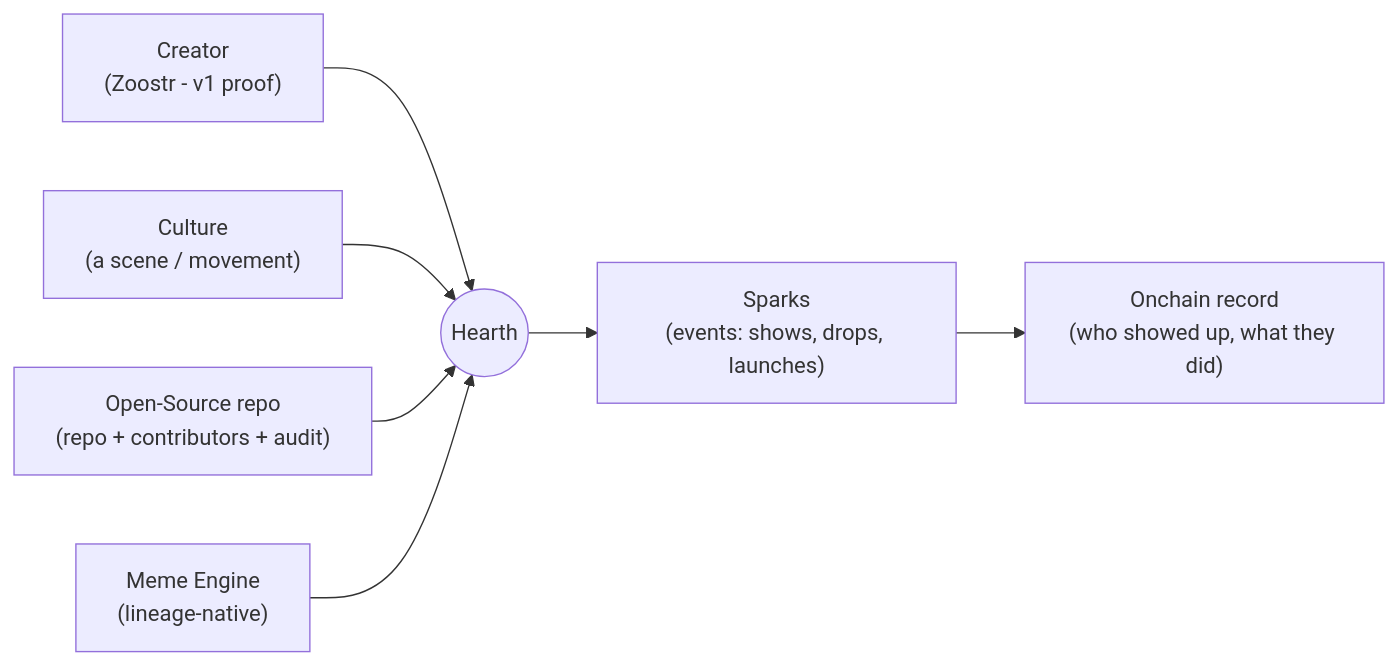
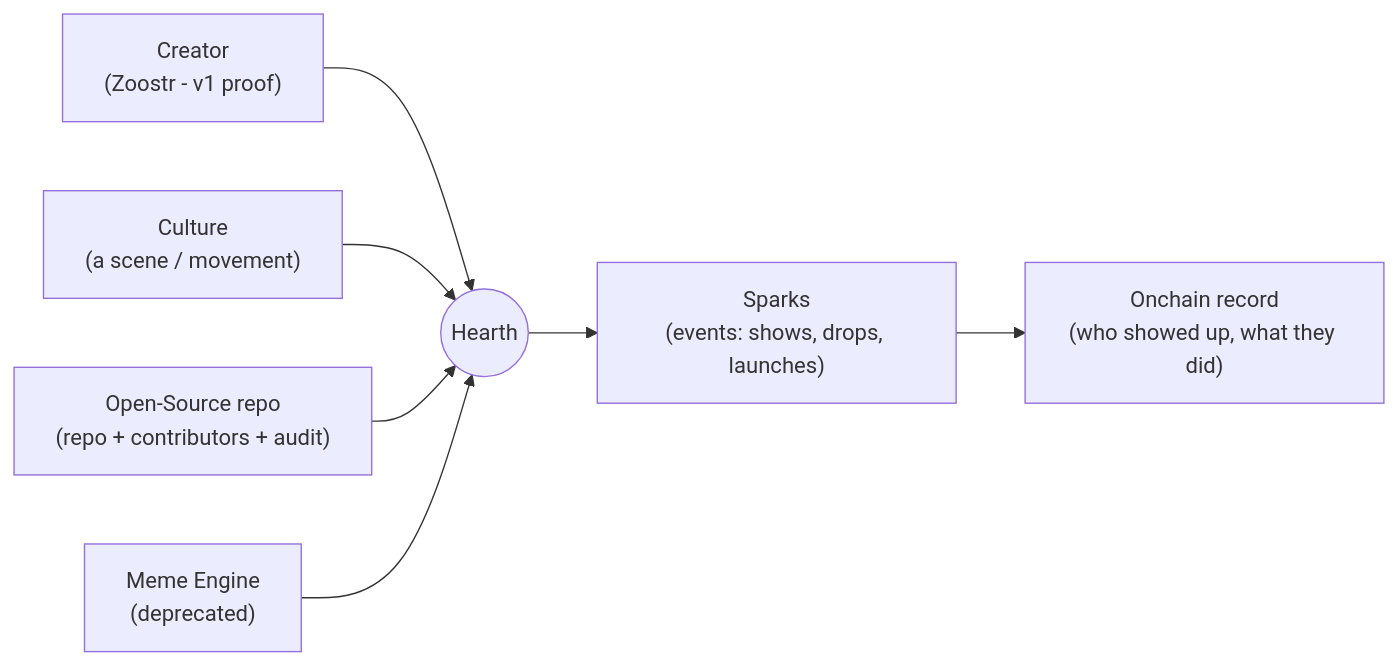
One commit to bettercallzaal/sparkz changed the first of 6 diagrams in README.md. Above: the diagram before and after it, drawn with Mermaid. The commit also changed other lines of this file, not shown here.

First line of the commit message:
README: fix grader findings (stale Meme Engine lines, dead page rows, wording)

````diff
--- a/README.md
+++ b/README.md
@@ -198,9 +194,9 @@
 ```mermaid
 flowchart LR
   Creator["Creator<br/>(Zoostr - v1 proof)"] --> Hearth
   Culture["Culture<br/>(a scene / movement)"] --> Hearth
   OSS["Open-Source repo<br/>(repo + contributors + audit)"] --> Hearth
-  Meme["Meme Engine<br/>(lineage-native)"] --> Hearth
+  Meme["Meme Engine<br/>(deprecated)"] --> Hearth
   Hearth(("Hearth")) --> Sparks["Sparks<br/>(events: shows, drops, launches)"]
   Sparks --> Record["Onchain record<br/>(who showed up, what they did)"]
 ```
````
